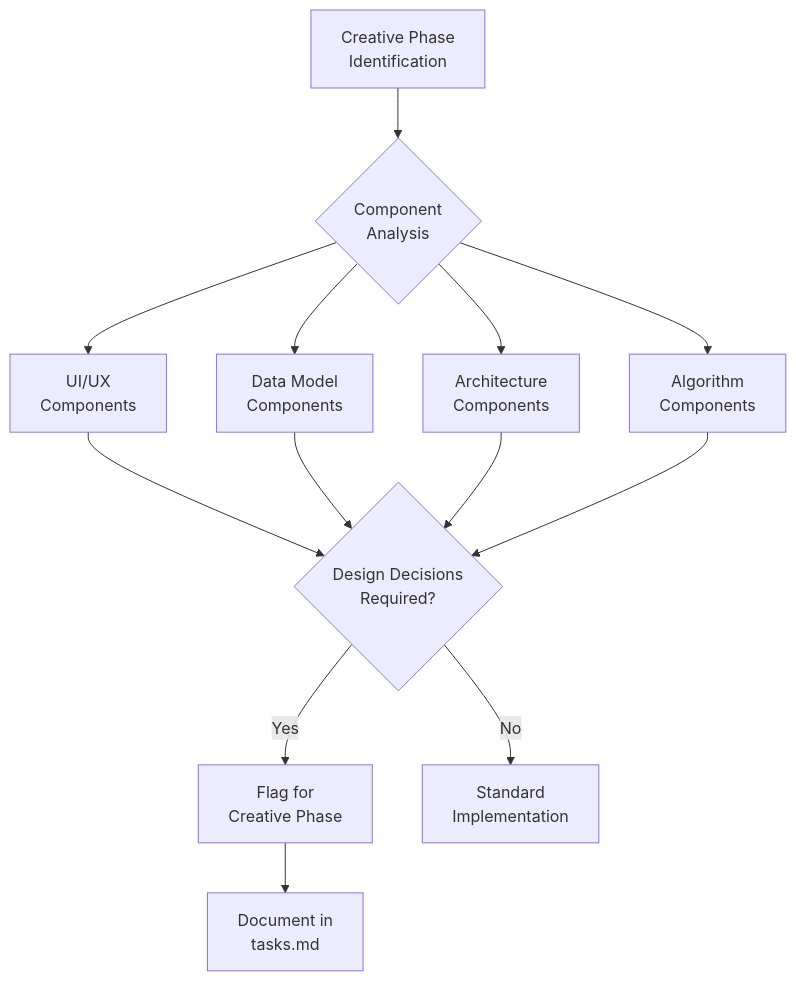
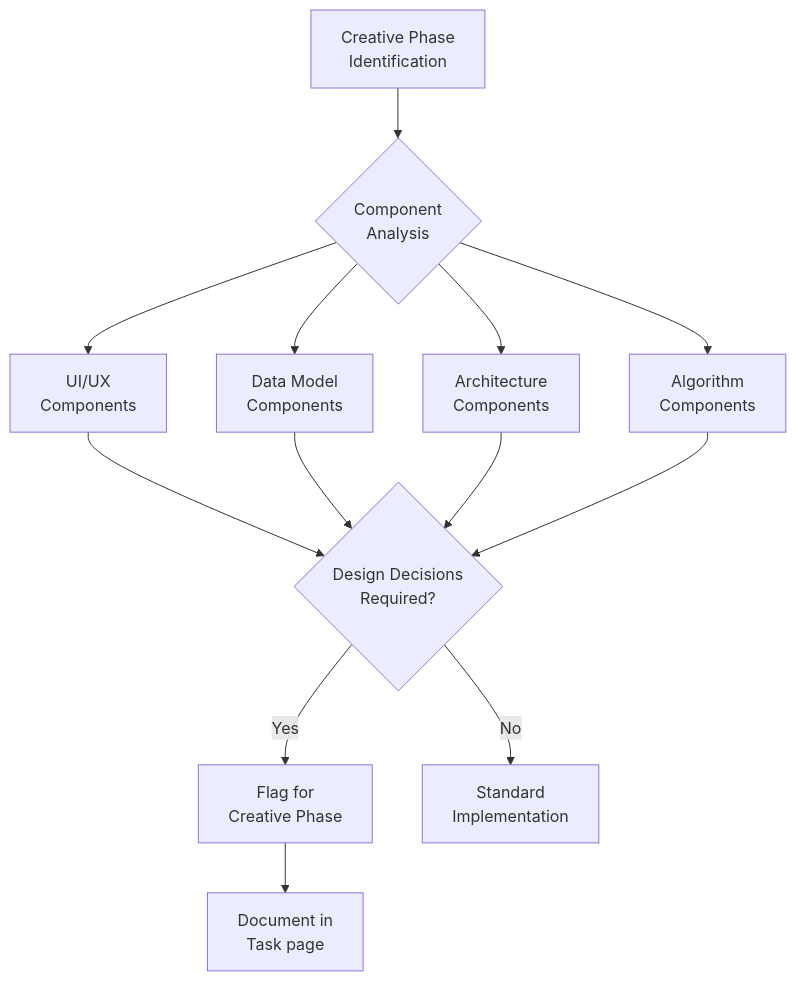
One commit to xianzhu21/cursor-memory-notion changed the fifth of 5 diagrams in .cursor/rules/isolation_rules/visual-maps/plan-mode-map.mdc. Above: the diagram before and after it, drawn with Mermaid. The commit also changed other lines of this file and 6 other files, not shown here.

````diff
--- a/.cursor/rules/isolation_rules/visual-maps/plan-mode-map.mdc
+++ b/.cursor/rules/isolation_rules/visual-maps/plan-mode-map.mdc
@@ -216,16 +218,16 @@
 ```mermaid
 graph TD
     Start["Creative Phase<br>Identification"] --> CheckComp{"Component<br>Analysis"}
     
     CheckComp --> UI["UI/UX<br>Components"]
     CheckComp --> Data["Data Model<br>Components"]
     CheckComp --> Arch["Architecture<br>Components"]
     CheckComp --> Algo["Algorithm<br>Components"]
     
     UI & Data & Arch & Algo --> Decision{"Design Decisions<br>Required?"}
     
     Decision -->|"Yes"| Flag["Flag for<br>Creative Phase"]
     Decision -->|"No"| Skip["Standard<br>Implementation"]
     
-    Flag --> Document["Document in<br>tasks.md"]
+    Flag --> Document["Document in<br>Task page"]
 ```
````
